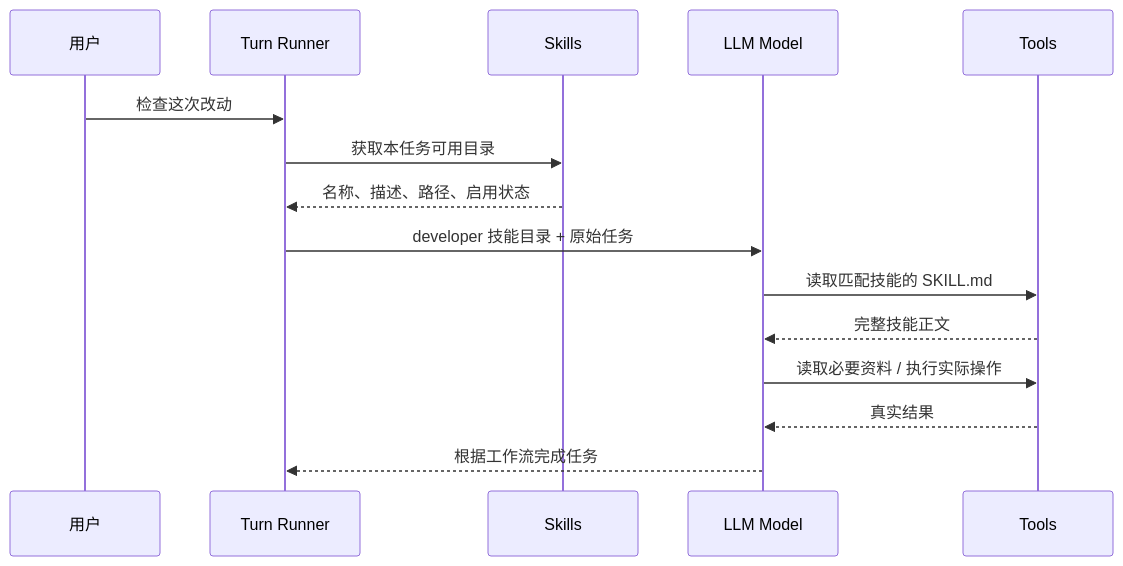
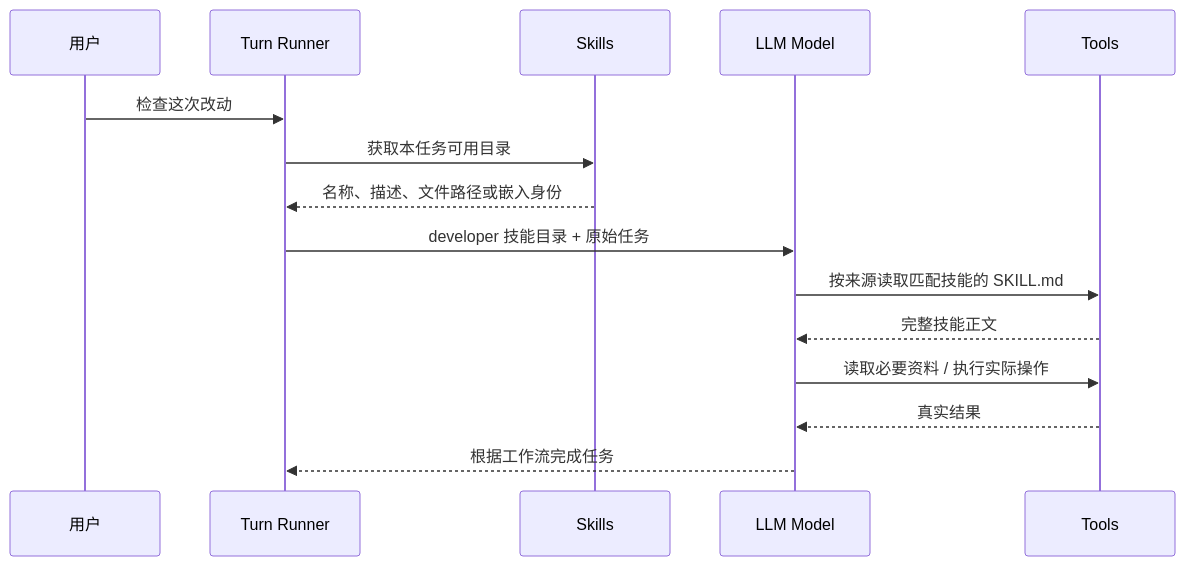
The second of 5 diagrams in docs/design/skills/README.md (slc90/Agentelier), drawn with Mermaid before and after one commit. The commit also changed other lines of this file and 19 other files, not shown here.

````diff
--- a/docs/design/skills/README.md
+++ b/docs/design/skills/README.md
@@ -77,17 +77,17 @@
 ```mermaid
 sequenceDiagram
     participant U as 用户
     participant R as Turn Runner
     participant S as Skills
     participant M as LLM Model
     participant T as Tools
     U->>R: 检查这次改动
     R->>S: 获取本任务可用目录
-    S-->>R: 名称、描述、路径、启用状态
+    S-->>R: 名称、描述、文件路径或嵌入身份
     R->>M: developer 技能目录 + 原始任务
-    M->>T: 读取匹配技能的 SKILL.md
+    M->>T: 按来源读取匹配技能的 SKILL.md
     T-->>M: 完整技能正文
     M->>T: 读取必要资料 / 执行实际操作
     T-->>M: 真实结果
     M-->>R: 根据工作流完成任务
 ```
````
